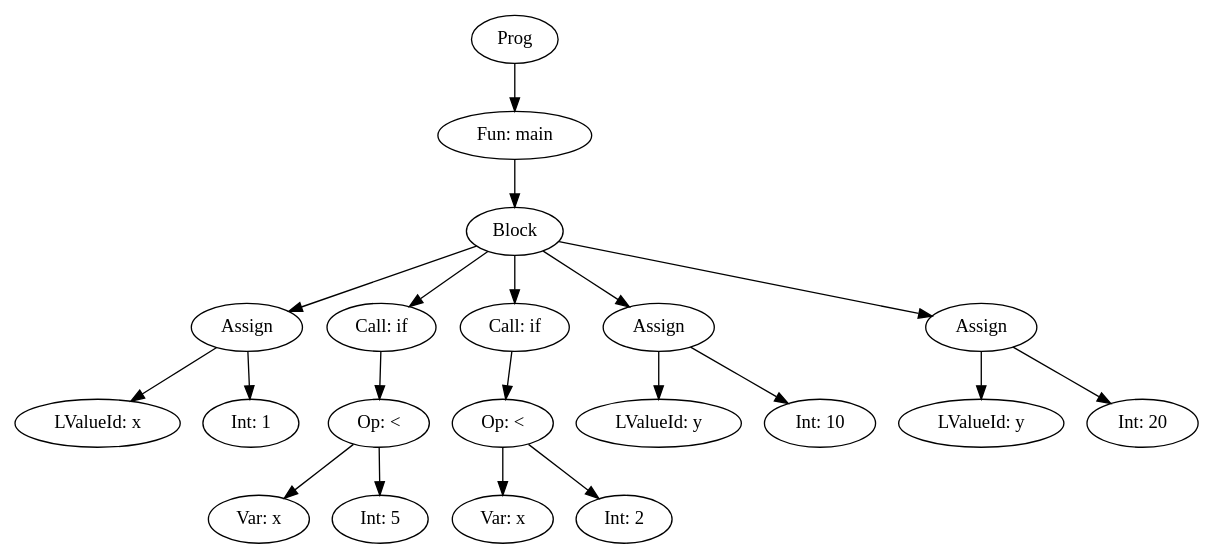
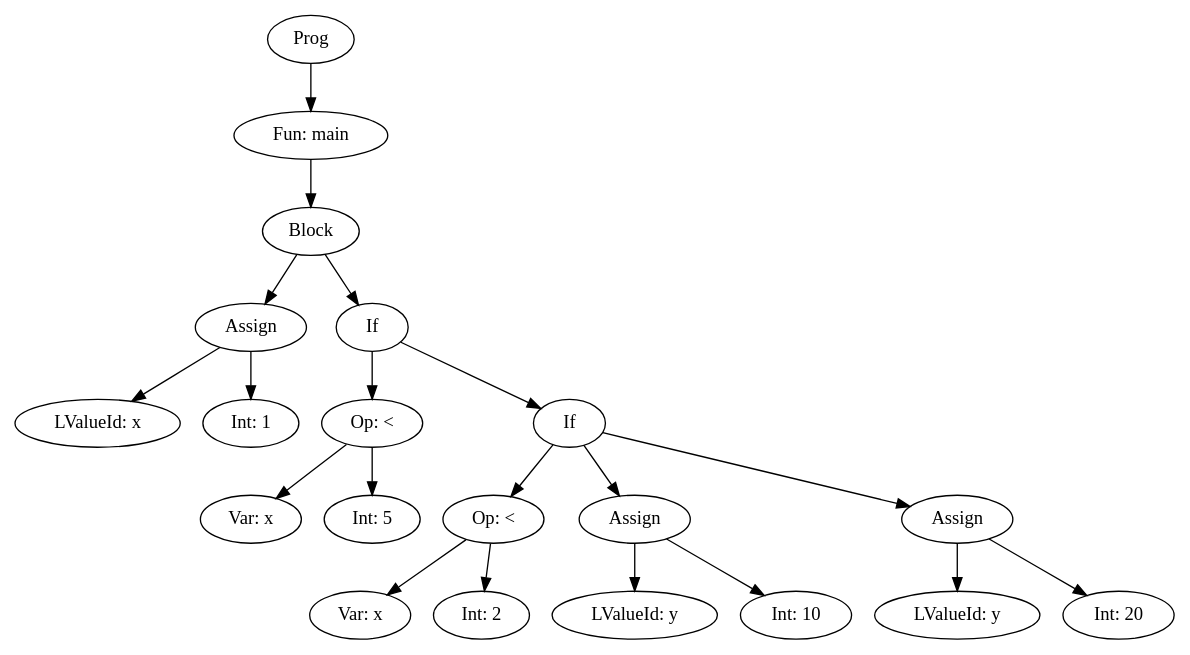
One commit to Maycdouglas/trabalhoCompiladores changed the diagram in antlr/dotFiles/chainIf.dot. Above: the diagram before and after it, drawn with Graphviz. The commit also changed 90 other files, not shown here.

```diff
--- a/antlr/dotFiles/chainIf.dot
+++ b/antlr/dotFiles/chainIf.dot
@@ -1,41 +1,41 @@
 digraph AST {
-"Prog697960108" [label="Prog"];
-"Fun325333723" [label="Fun: main"];
-"Prog697960108" -> "Fun325333723";
-"CmdBlock1937962514" [label="Block"];
-"Fun325333723" -> "CmdBlock1937962514";
-"CmdAssign274064559" [label="Assign"];
-"CmdBlock1937962514" -> "CmdAssign274064559";
-"LValueId1018081122" [label="LValueId: x"];
-"CmdAssign274064559" -> "LValueId1018081122";
-"ExpInt242131142" [label="Int: 1"];
-"CmdAssign274064559" -> "ExpInt242131142";
-"CmdCall1837543557" [label="Call: if"];
-"CmdBlock1937962514" -> "CmdCall1837543557";
-"ExpBinOp1971489295" [label="Op: <"];
-"CmdCall1837543557" -> "ExpBinOp1971489295";
-"ExpVar985655350" [label="Var: x"];
-"ExpBinOp1971489295" -> "ExpVar985655350";
-"ExpInt804611486" [label="Int: 5"];
-"ExpBinOp1971489295" -> "ExpInt804611486";
-"CmdCall2008017533" [label="Call: if"];
-"CmdBlock1937962514" -> "CmdCall2008017533";
-"ExpBinOp370988149" [label="Op: <"];
-"CmdCall2008017533" -> "ExpBinOp370988149";
-"ExpVar1395089624" [label="Var: x"];
-"ExpBinOp370988149" -> "ExpVar1395089624";
-"ExpInt1476011703" [label="Int: 2"];
-"ExpBinOp370988149" -> "ExpInt1476011703";
-"CmdAssign1603195447" [label="Assign"];
-"CmdBlock1937962514" -> "CmdAssign1603195447";
-"LValueId792791759" [label="LValueId: y"];
-"CmdAssign1603195447" -> "LValueId792791759";
-"ExpInt1191747167" [label="Int: 10"];
-"CmdAssign1603195447" -> "ExpInt1191747167";
-"CmdAssign1094834071" [label="Assign"];
-"CmdBlock1937962514" -> "CmdAssign1094834071";
-"LValueId1761061602" [label="LValueId: y"];
-"CmdAssign1094834071" -> "LValueId1761061602";
-"ExpInt1330106945" [label="Int: 20"];
-"CmdAssign1094834071" -> "ExpInt1330106945";
+"Prog1634198" [label="Prog"];
+"Fun12209492" [label="Fun: main"];
+"Prog1634198" -> "Fun12209492";
+"CmdBlock314337396" [label="Block"];
+"Fun12209492" -> "CmdBlock314337396";
+"CmdAssign232824863" [label="Assign"];
+"CmdBlock314337396" -> "CmdAssign232824863";
+"LValueId1282788025" [label="LValueId: x"];
+"CmdAssign232824863" -> "LValueId1282788025";
+"ExpInt519569038" [label="Int: 1"];
+"CmdAssign232824863" -> "ExpInt519569038";
+"CmdIf1348949648" [label="If"];
+"CmdBlock314337396" -> "CmdIf1348949648";
+"ExpBinOp834133664" [label="Op: <"];
+"CmdIf1348949648" -> "ExpBinOp834133664";
+"ExpVar985934102" [label="Var: x"];
+"ExpBinOp834133664" -> "ExpVar985934102";
+"ExpInt1205044462" [label="Int: 5"];
+"ExpBinOp834133664" -> "ExpInt1205044462";
+"CmdIf761960786" [label="If"];
+"CmdIf1348949648" -> "CmdIf761960786";
+"ExpBinOp581374081" [label="Op: <"];
+"CmdIf761960786" -> "ExpBinOp581374081";
+"ExpVar959447386" [label="Var: x"];
+"ExpBinOp581374081" -> "ExpVar959447386";
+"ExpInt1654589030" [label="Int: 2"];
+"ExpBinOp581374081" -> "ExpInt1654589030";
+"CmdAssign466002798" [label="Assign"];
+"CmdIf761960786" -> "CmdAssign466002798";
+"LValueId33524623" [label="LValueId: y"];
+"CmdAssign466002798" -> "LValueId33524623";
+"ExpInt947679291" [label="Int: 10"];
+"CmdAssign466002798" -> "ExpInt947679291";
+"CmdAssign575335780" [label="Assign"];
+"CmdIf761960786" -> "CmdAssign575335780";
+"LValueId205125520" [label="LValueId: y"];
+"CmdAssign575335780" -> "LValueId205125520";
+"ExpInt1911006827" [label="Int: 20"];
+"CmdAssign575335780" -> "ExpInt1911006827";
 }
```
